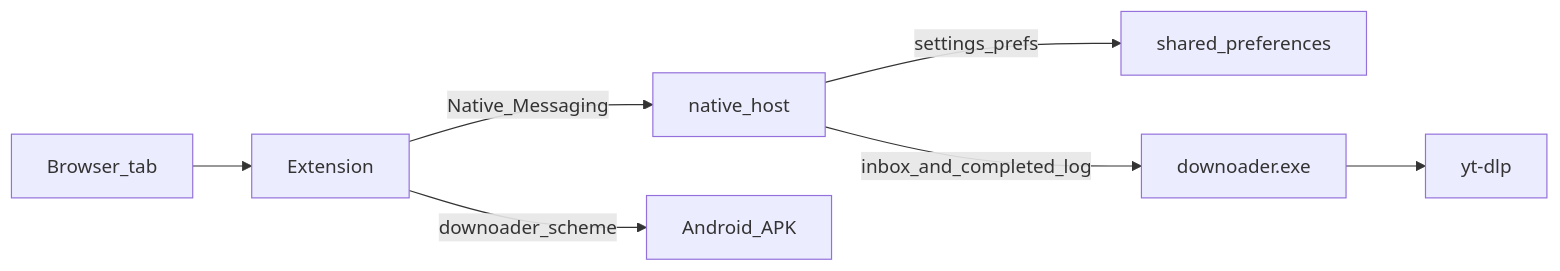
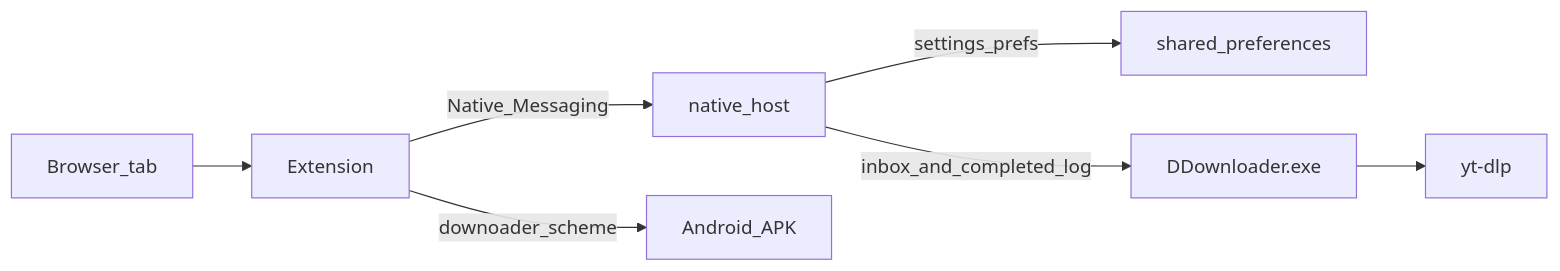
One commit to redubbledd1-ops/DDownloader changed the diagram in README.md. Above: the diagram before and after it, drawn with Mermaid. The commit also changed other lines of this file and 14 other files, not shown here.

````diff
--- a/README.md
+++ b/README.md
@@ -88,9 +88,9 @@
 ```mermaid
 flowchart LR
   Tab[Browser_tab] --> Ext[Extension]
   Ext -->|Native_Messaging| Host[native_host]
   Host -->|settings_prefs| Prefs[shared_preferences]
-  Host -->|inbox_and_completed_log| App[downoader.exe]
+  Host -->|inbox_and_completed_log| App[DDownloader.exe]
   App --> YtDlp[yt-dlp]
   Ext -->|downoader_scheme| AndroidApp[Android_APK]
 ```
````
